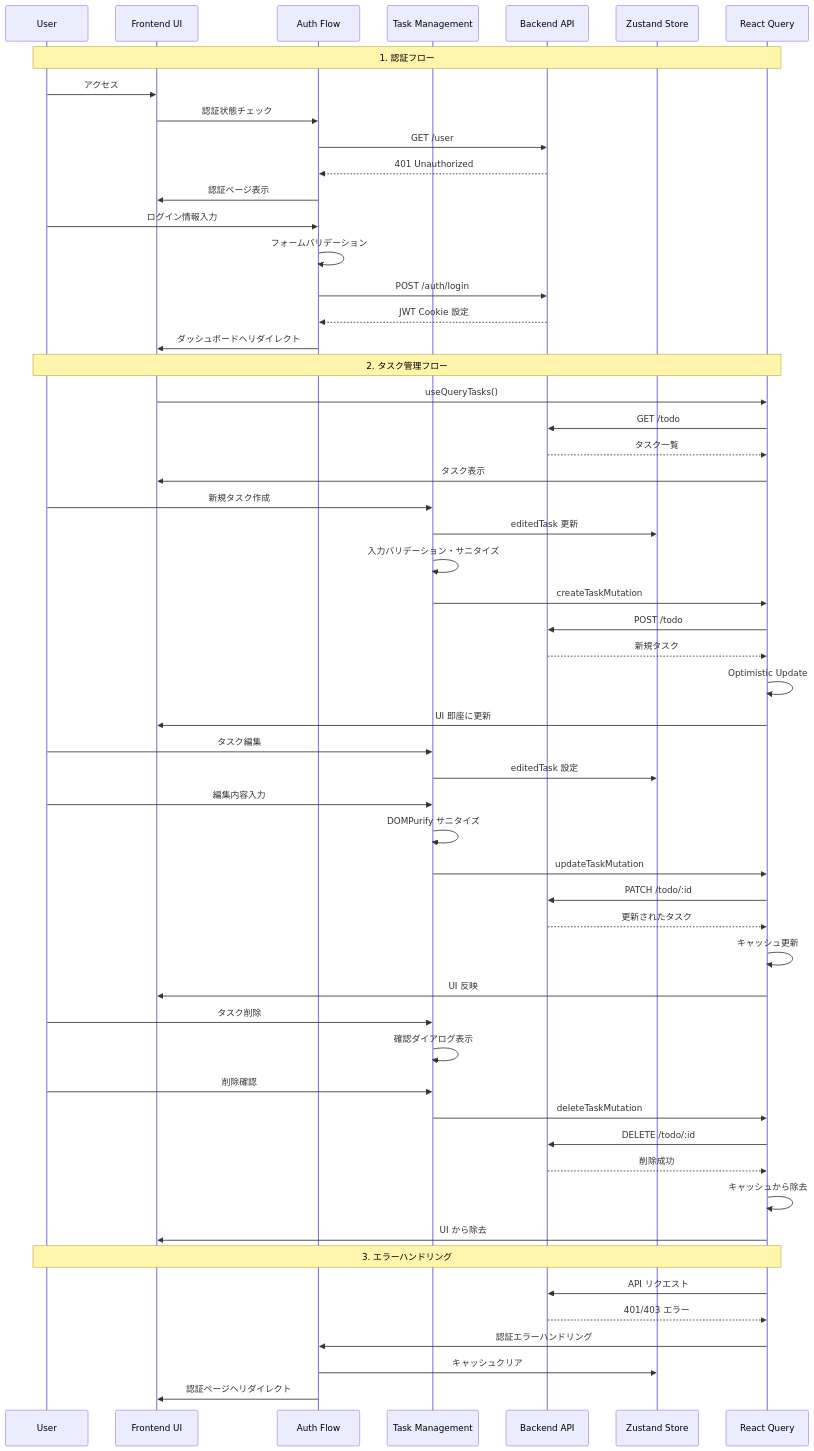
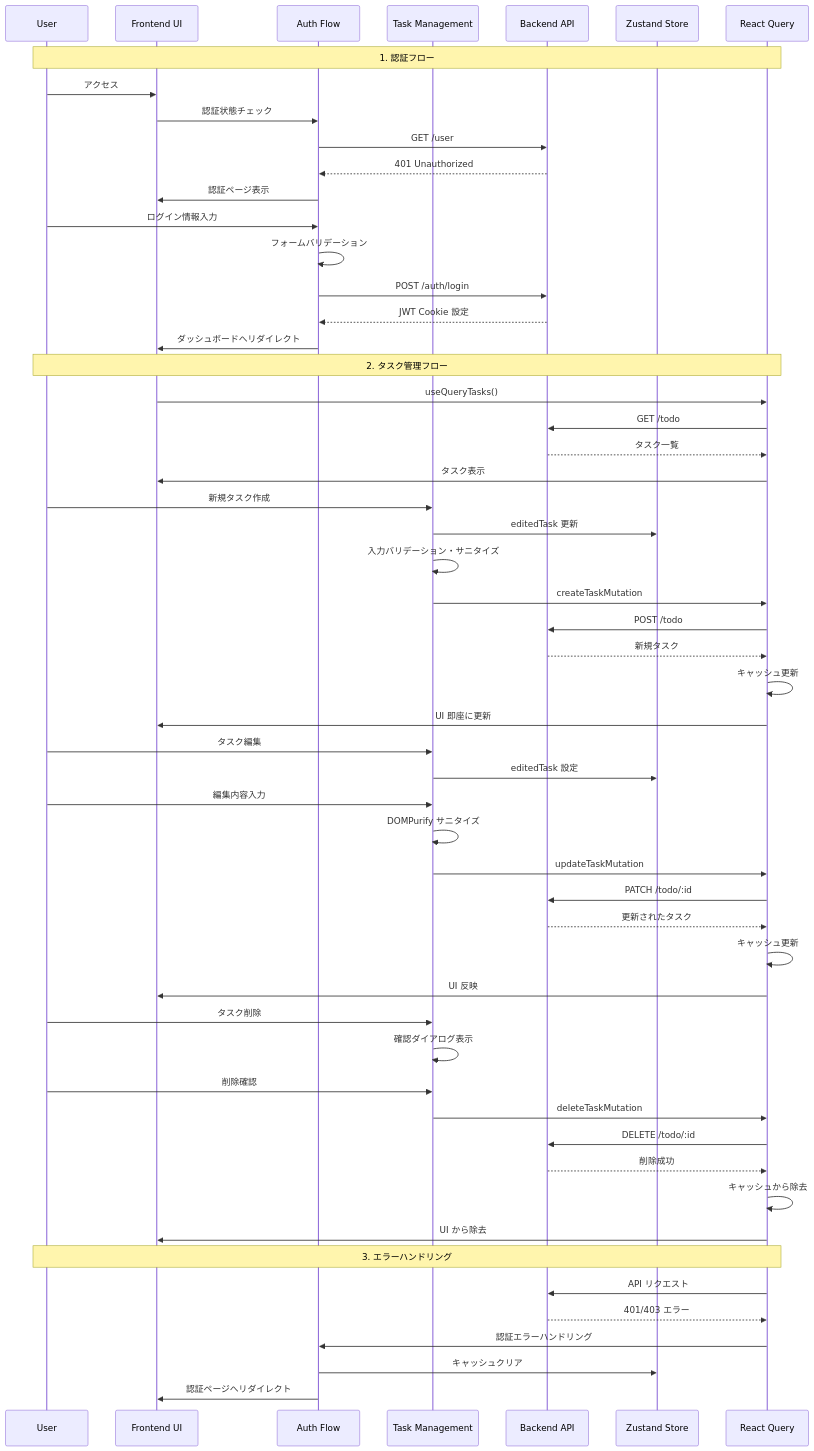
Before and after one commit to hideaki1979/ud_NestJS_NextJS: the first of 2 diagrams in next-frontend/README.md, drawn with Mermaid. The commit also changed 2 other files, not shown here.

Commit message:
feat: README作成(PR対応)

````diff
--- a/next-frontend/README.md
+++ b/next-frontend/README.md
@@ -70,64 +70,64 @@
 ```mermaid
 sequenceDiagram
     participant U as User
     participant UI as Frontend UI
     participant A as Auth Flow
     participant T as Task Management
     participant API as Backend API
     participant Store as Zustand Store
     participant RQ as React Query
 
     Note over U,RQ: 1. 認証フロー
     U->>UI: アクセス
     UI->>A: 認証状態チェック
     A->>API: GET /user
     API-->>A: 401 Unauthorized
     A->>UI: 認証ページ表示
 
     U->>A: ログイン情報入力
     A->>A: フォームバリデーション
     A->>API: POST /auth/login
     API-->>A: JWT Cookie 設定
     A->>UI: ダッシュボードへリダイレクト
 
     Note over U,RQ: 2. タスク管理フロー
     UI->>RQ: useQueryTasks()
     RQ->>API: GET /todo
     API-->>RQ: タスク一覧
     RQ->>UI: タスク表示
 
     U->>T: 新規タスク作成
     T->>Store: editedTask 更新
     T->>T: 入力バリデーション・サニタイズ
     T->>RQ: createTaskMutation
     RQ->>API: POST /todo
     API-->>RQ: 新規タスク
-    RQ->>RQ: Optimistic Update
+    RQ->>RQ: キャッシュ更新
     RQ->>UI: UI 即座に更新
 
     U->>T: タスク編集
     T->>Store: editedTask 設定
     U->>T: 編集内容入力
     T->>T: DOMPurify サニタイズ
     T->>RQ: updateTaskMutation
     RQ->>API: PATCH /todo/:id
     API-->>RQ: 更新されたタスク
     RQ->>RQ: キャッシュ更新
     RQ->>UI: UI 反映
 
     U->>T: タスク削除
     T->>T: 確認ダイアログ表示
     U->>T: 削除確認
     T->>RQ: deleteTaskMutation
     RQ->>API: DELETE /todo/:id
     API-->>RQ: 削除成功
     RQ->>RQ: キャッシュから除去
     RQ->>UI: UI から除去
 
     Note over U,RQ: 3. エラーハンドリング
     RQ->>API: API リクエスト
     API-->>RQ: 401/403 エラー
     RQ->>A: 認証エラーハンドリング
     A->>Store: キャッシュクリア
     A->>UI: 認証ページへリダイレクト
 ```
````
